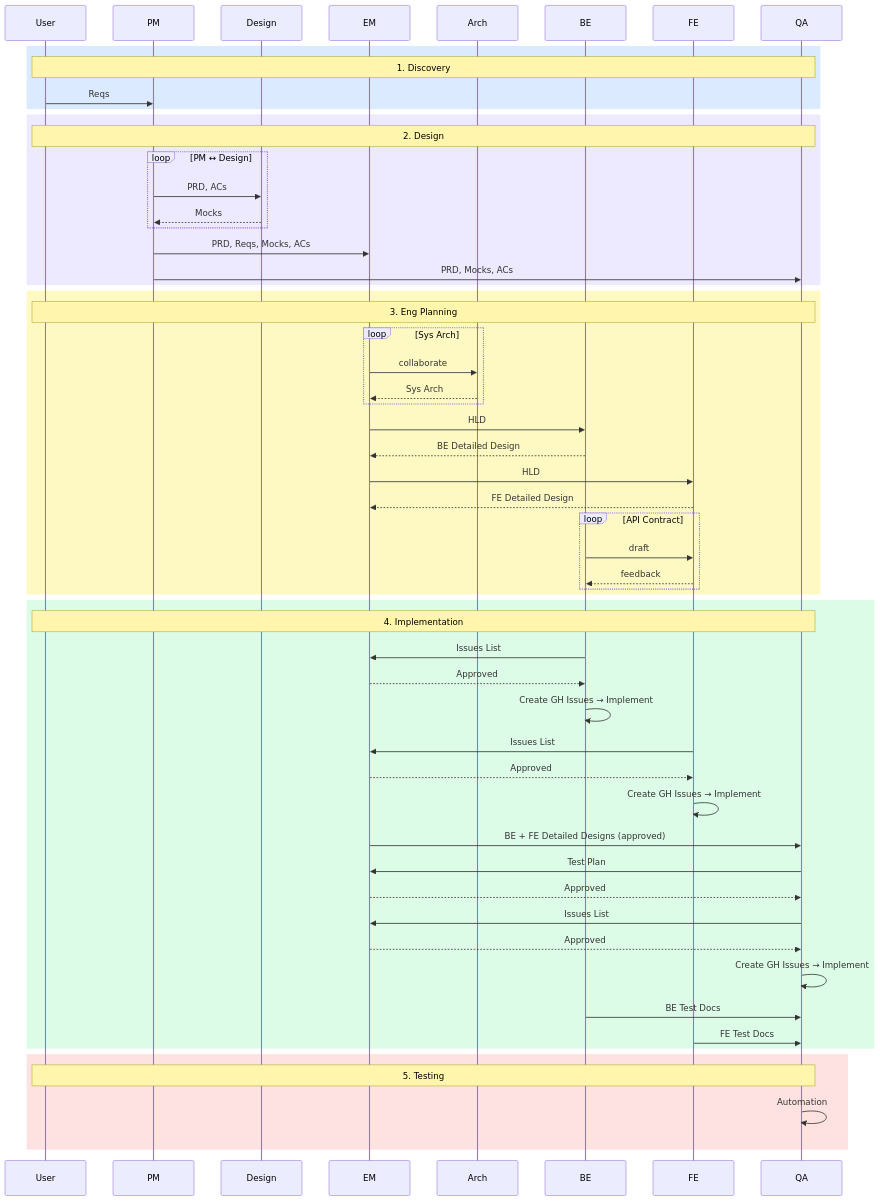
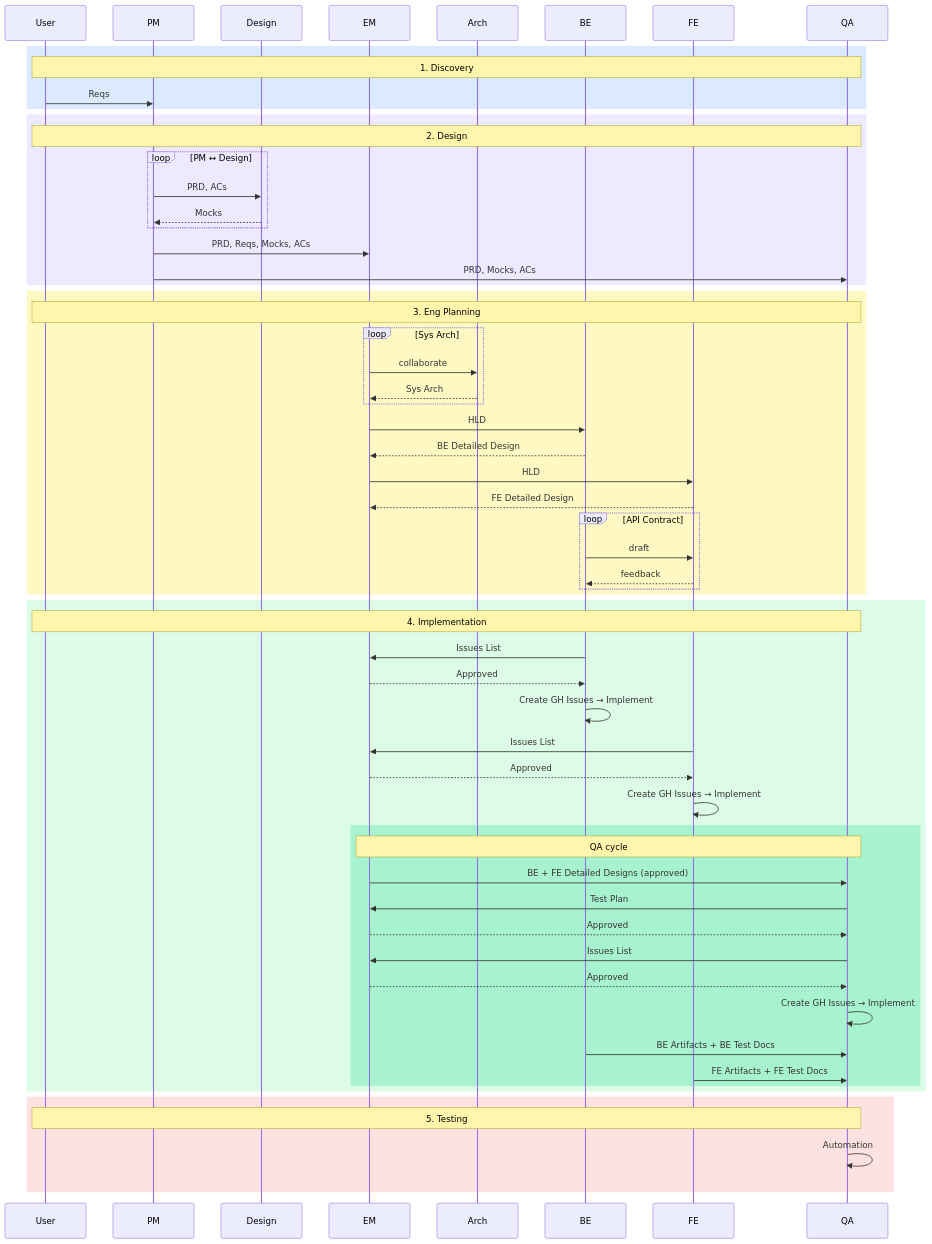
Before and after one commit to sans-github/agents: the third of 3 diagrams in README.md, drawn with Mermaid.

Commit message:
add QA sub-box in impl phase; fix artifact labels to match collaboration-contracts skill

````diff
--- a/README.md
+++ b/README.md
@@ -136,61 +136,64 @@
 ```mermaid
 sequenceDiagram
     participant User
     participant PM
     participant Design
     participant EM
     participant Arch
     participant BE
     participant FE
     participant QA
 
     rect rgb(219, 234, 254)
         Note over User,QA: 1. Discovery
         User->>PM: Reqs
     end
     rect rgb(237, 233, 254)
         Note over User,QA: 2. Design
         loop PM ↔ Design
             PM->>Design: PRD, ACs
             Design-->>PM: Mocks
         end
         PM->>EM: PRD, Reqs, Mocks, ACs
         PM->>QA: PRD, Mocks, ACs
     end
     rect rgb(254, 249, 195)
         Note over User,QA: 3. Eng Planning
         loop Sys Arch
             EM->>Arch: collaborate
             Arch-->>EM: Sys Arch
         end
         EM->>BE: HLD
         BE-->>EM: BE Detailed Design
         EM->>FE: HLD
         FE-->>EM: FE Detailed Design
         loop API Contract
             BE->>FE: draft
             FE-->>BE: feedback
         end
     end
     rect rgb(220, 252, 231)
         Note over User,QA: 4. Implementation
         BE->>EM: Issues List
         EM-->>BE: Approved
         BE->>BE: Create GH Issues → Implement
         FE->>EM: Issues List
         EM-->>FE: Approved
         FE->>FE: Create GH Issues → Implement
-        EM->>QA: BE + FE Detailed Designs (approved)
-        QA->>EM: Test Plan
-        EM-->>QA: Approved
-        QA->>EM: Issues List
-        EM-->>QA: Approved
-        QA->>QA: Create GH Issues → Implement
-        BE->>QA: BE Test Docs
-        FE->>QA: FE Test Docs
+        rect rgb(167, 243, 208)
+            Note over EM,QA: QA cycle
+            EM->>QA: BE + FE Detailed Designs (approved)
+            QA->>EM: Test Plan
+            EM-->>QA: Approved
+            QA->>EM: Issues List
+            EM-->>QA: Approved
+            QA->>QA: Create GH Issues → Implement
+            BE->>QA: BE Artifacts + BE Test Docs
+            FE->>QA: FE Artifacts + FE Test Docs
+        end
     end
     rect rgb(254, 226, 226)
         Note over User,QA: 5. Testing
         QA->>QA: Automation
     end
 ```
````
